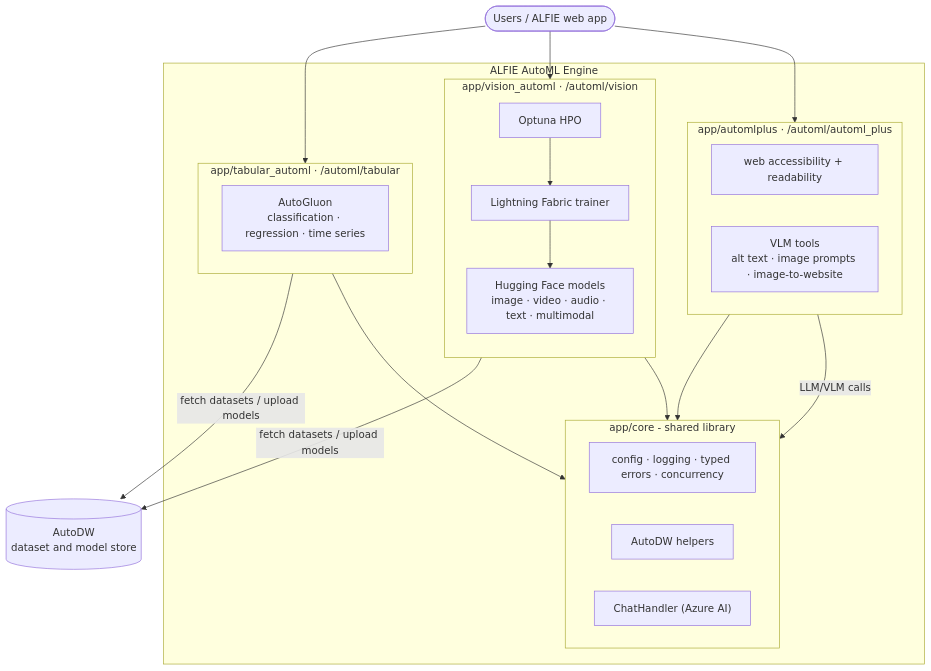
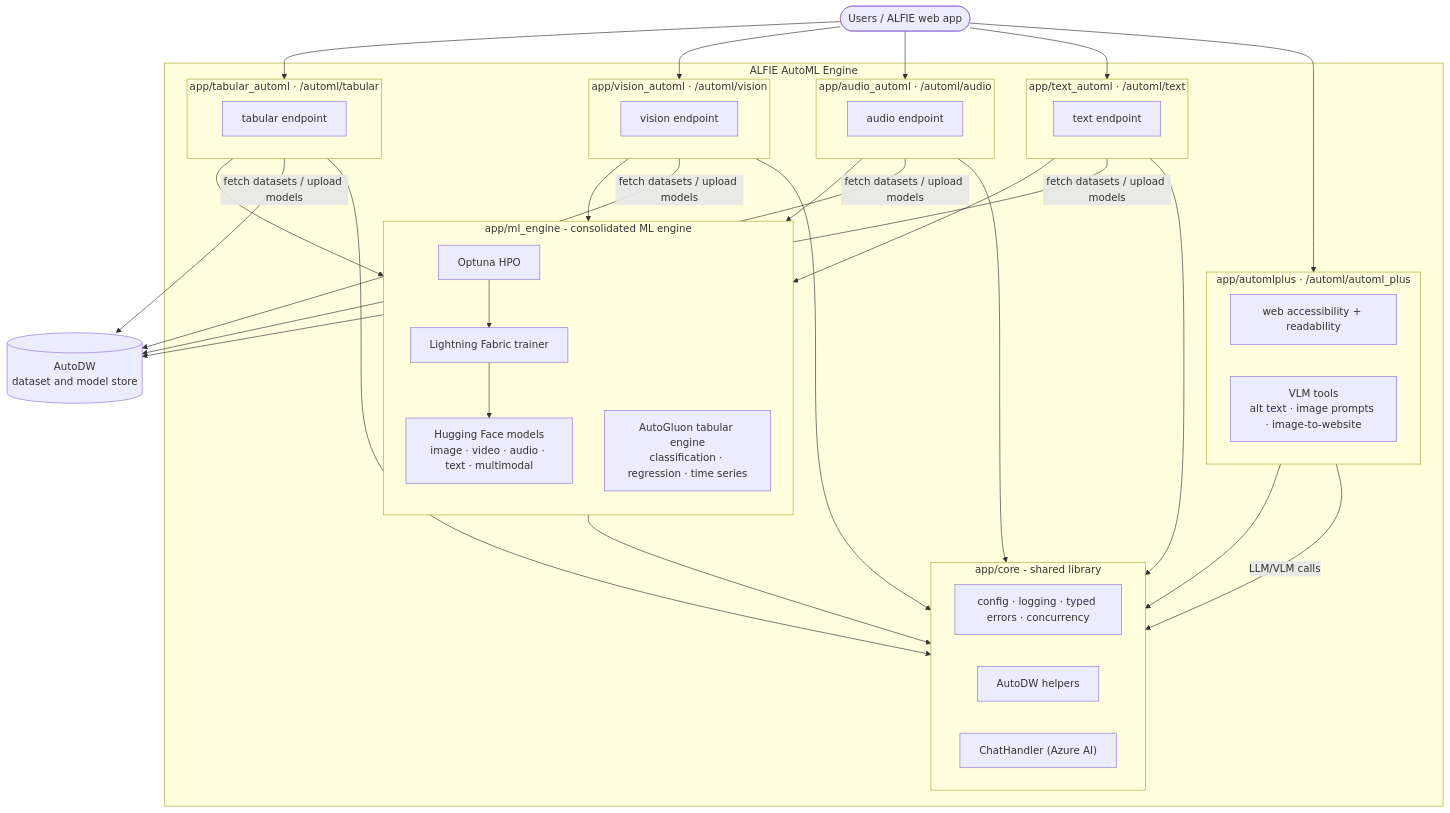
The diagram in README.md (SubhadityaMukherjee/alfie_automl_engine), drawn with Mermaid before and after one commit. The commit also changed other lines of this file and 102 other files, not shown here.

````diff
--- a/README.md
+++ b/README.md
@@ -24,44 +32,68 @@
 ```mermaid
 flowchart TB
     User(["Users / ALFIE web app"])
 
     subgraph Engine["ALFIE AutoML Engine"]
         subgraph Core["app/core - shared library"]
             direction LR
             COREUTILS["config · logging · typed errors · concurrency"]
             DWHELP["AutoDW helpers"]
             CHAT["ChatHandler (Azure AI)"]
         end
 
-        subgraph Tabular["app/tabular_automl · /automl/tabular"]
-            TG["AutoGluon<br>classification · regression · time series"]
-        end
-
-        subgraph Vision["app/vision_automl · /automl/vision"]
+        subgraph MLE["app/ml_engine - consolidated ML engine"]
             direction TB
             HPO["Optuna HPO"]
             FABRIC["Lightning Fabric trainer"]
             HFM["Hugging Face models<br>image · video · audio · text · multimodal"]
+            TABENG["AutoGluon tabular engine<br>classification · regression · time series"]
             HPO --> FABRIC
             FABRIC --> HFM
+        end
+
+        subgraph Tabular["app/tabular_automl · /automl/tabular"]
+            TBR["tabular endpoint"]
+        end
+
+        subgraph Vision["app/vision_automl · /automl/vision"]
+            VIR["vision endpoint"]
+        end
+
+        subgraph Audio["app/audio_automl · /automl/audio"]
+            AUR["audio endpoint"]
+        end
+
+        subgraph Text["app/text_automl · /automl/text"]
+            TER["text endpoint"]
         end
 
         subgraph Plus["app/automlplus · /automl/automl_plus"]
             direction LR
             ACC["web accessibility + readability"]
             VLMT["VLM tools<br>alt text · image prompts · image-to-website"]
         end
     end
 
     AutoDW[("AutoDW<br>dataset and model store")]
 
     User --> Tabular
     User --> Vision
+    User --> Audio
+    User --> Text
     User --> Plus
+    Tabular --> MLE
+    Vision --> MLE
+    Audio --> MLE
+    Text --> MLE
     Tabular --> Core
     Vision --> Core
+    Audio --> Core
+    Text --> Core
     Plus --> Core
+    MLE --> Core
     Tabular -- "fetch datasets / upload models" --> AutoDW
     Vision -- "fetch datasets / upload models" --> AutoDW
+    Audio -- "fetch datasets / upload models" --> AutoDW
+    Text -- "fetch datasets / upload models" --> AutoDW
     Plus -- "LLM/VLM calls" --> CHAT
 ```
````
